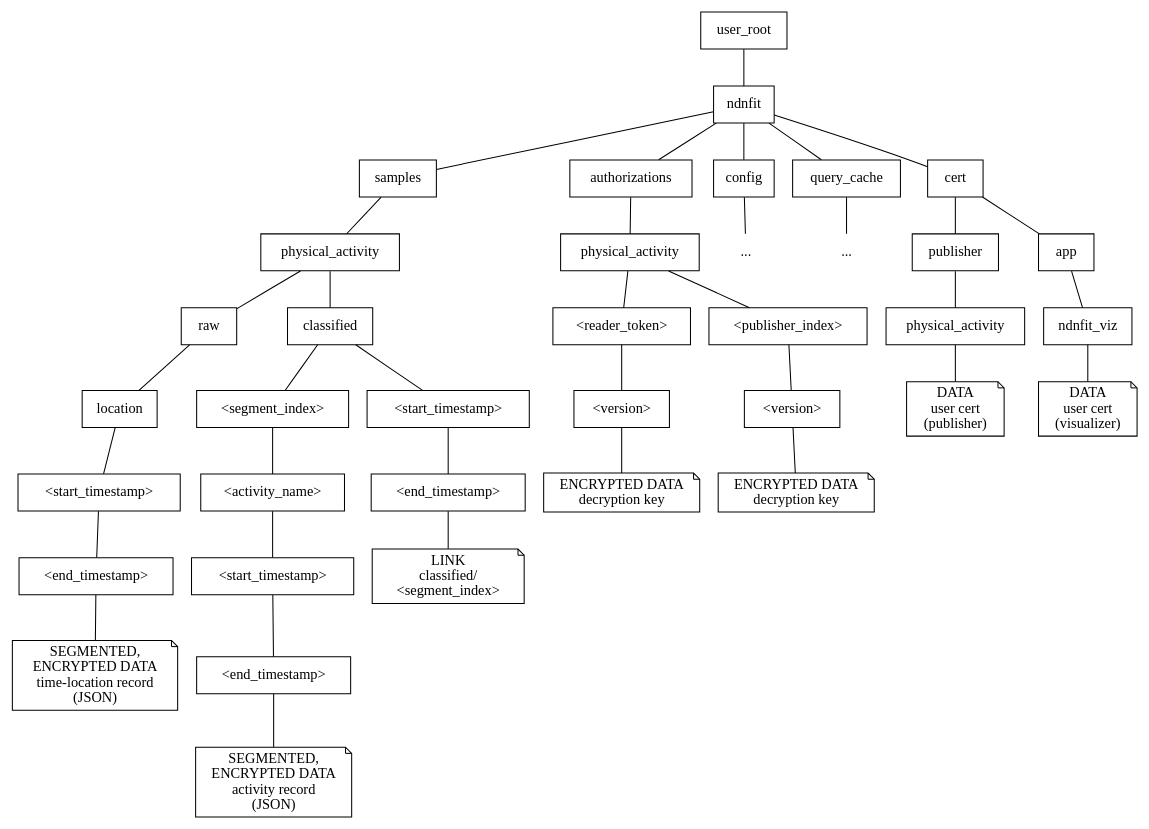
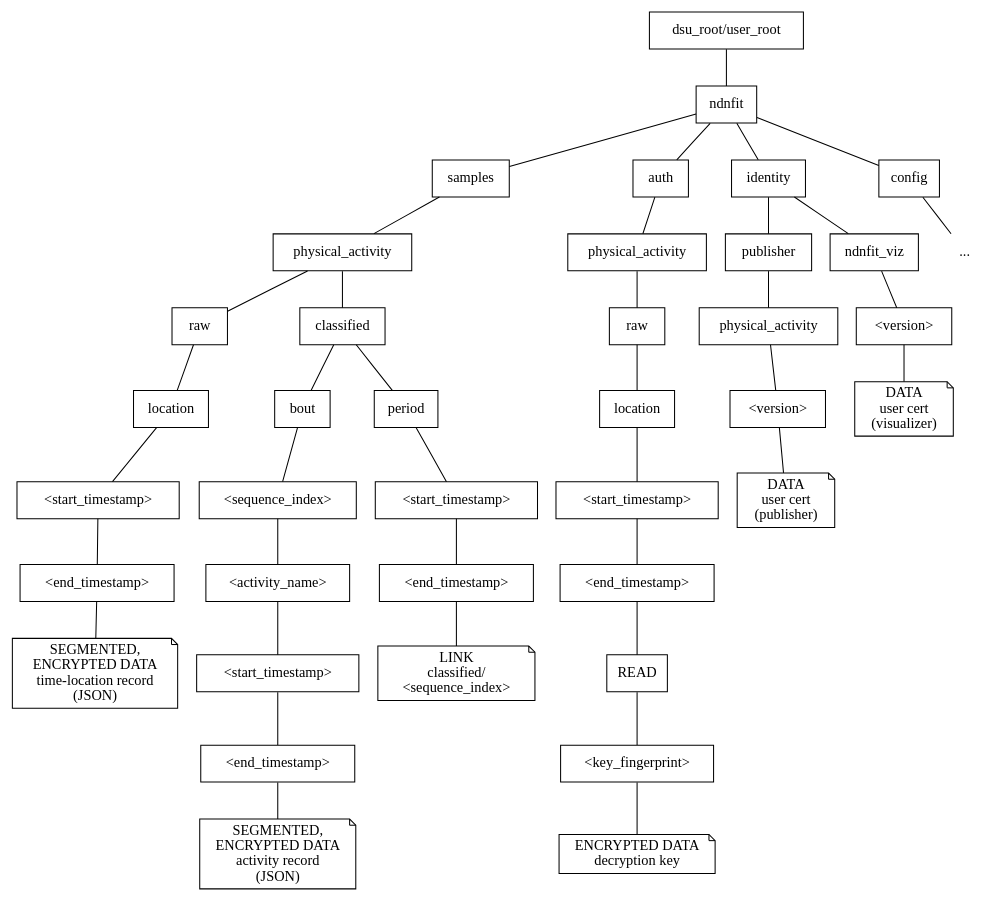
The diagram in Open_mHealth/figures/NDNFit-name-top-01.dot (remap/ndn-netenv-techreports), drawn with Graphviz before and after one commit. The commit also changed 3 other files, not shown here.

```diff
--- a/Open_mHealth/figures/NDNFit-name-top-01.dot
+++ b/Open_mHealth/figures/NDNFit-name-top-01.dot
@@ -1,46 +1,52 @@
 graph top {
 
 node [shape=box]; 
 
 physical_activity_samples [label="physical_activity"];
 physical_activity_auth [label="physical_activity"];
 
-user_root -- ndnfit; 
+"dsu_root/user_root" -- ndnfit; 
 ndnfit -- samples -- physical_activity_samples; 
-ndnfit -- authorizations -- physical_activity_auth;
+ndnfit -- auth -- physical_activity_auth;
+ndnfit -- identity;
 ndnfit -- config -- config_ellipses;
 config_ellipses [shape=plaintext,label="..."];
-ndnfit -- query_cache -- query_ellipses;
-query_ellipses [shape=plaintext,label="..."];
-ndnfit -- cert -- publisher -- physical_activity_cert -- user_cert;
-cert -- app -- ndnfit_viz -- user_cert_2;
+
+
+identity -- publisher -- physical_activity_cert -- physical_activity_cert_version-- user_cert;
+identity -- ndnfit_viz -- ndnfit_viz_cert_version -- user_cert_2;
 physical_activity_cert [label="physical_activity"];
+physical_activity_cert_version [label="<version>"];
+ndnfit_viz_cert_version [label="<version>"];
 user_cert [shape=note, label="DATA\nuser cert\n(publisher)"];
 user_cert_2 [shape=note, label="DATA\nuser cert\n(visualizer)"];
 
-physical_activity_auth -- <<reader_token>> -- auth_version_reader -- auth_data_reader; 
-physical_activity_auth -- <<publisher_index>> -- auth_version_publisher -- auth_data_publisher;
-auth_data_publisher [shape=note, label="ENCRYPTED DATA\n decryption key"]; 
+physical_activity_auth -- auth_raw -- auth_location -- auth_start_timestamp -- auth_end_timestamp -- READ --  <<key_fingerprint>> -- auth_data_reader; 
+
+auth_raw [label="raw"];
+auth_location [label="location"]; 
+auth_start_timestamp [label="<start_timestamp>"];
+auth_end_timestamp [label="<end_timestamp>"];
+
+
 auth_data_reader [shape=note, label="ENCRYPTED DATA\n decryption key"]; 
-auth_version_reader [label="<version>"];
-auth_version_publisher [label="<version>"];
 
 
 physical_activity_samples -- raw -- location -- raw_start_timestamp -- raw_end_timestamp -- raw_data; 
 raw_start_timestamp [label="<start_timestamp>"]; 
 raw_end_timestamp [label="<end_timestamp>"]; 
 raw_data [shape="note", label="SEGMENTED,\nENCRYPTED DATA\ntime-location record\n(JSON)"];
 
 physical_activity_samples -- classified;
-classified -- <<segment_index>> -- <<activity_name>>; 
+classified -- bout -- <<sequence_index>> -- <<activity_name>>; 
 <<activity_name>> -- activity_start_timestamp -- activity_end_timestamp -- classified_data;
 activity_start_timestamp [label="<start_timestamp>"];
 activity_end_timestamp [label="<end_timestamp>"];
 classified_data [shape="note", label="SEGMENTED,\nENCRYPTED DATA\nactivity record\n(JSON)"];
 
-classified -- classified_start_timestamp -- classified__end_timestamp -- classified_time_lookup; 
+classified -- period -- classified_start_timestamp -- classified__end_timestamp -- classified_time_lookup; 
 classified_start_timestamp [label="<start_timestamp>"];
 classified__end_timestamp [label="<end_timestamp>"];
-classified_time_lookup [shape=note, label="LINK\nclassified/\n<segment_index>"]
+classified_time_lookup [shape=note, label="LINK\nclassified/\n<sequence_index>"]
 
 }
```
